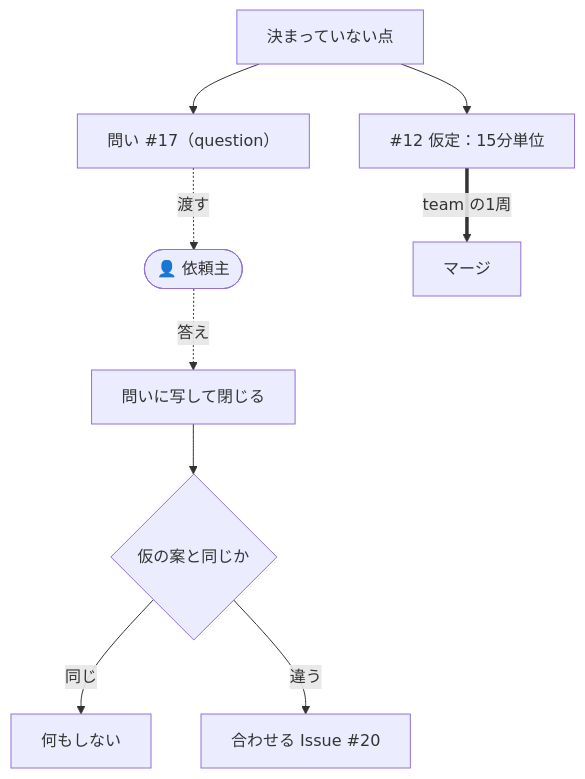
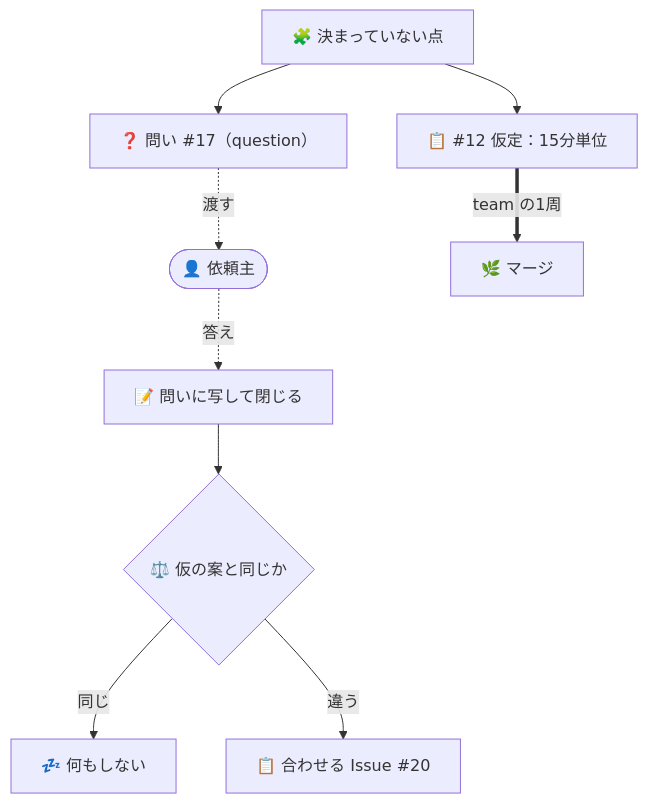
Before and after one commit to yktsnet/sdlc-kit: the diagram in docs/flows/client.md, drawn with Mermaid. The commit also changed 2 other files, not shown here.

Commit message:
docs: add an emoji to each Mermaid node (#24)

````diff
--- a/docs/flows/client.md
+++ b/docs/flows/client.md
@@ -18,11 +18,11 @@
 ```mermaid
 flowchart TD
-    G[決まっていない点] --> Q["問い #17（question）"]
-    G --> I["#12 仮定：15分単位"]
+    G[🧩 決まっていない点] --> Q["❓ 問い #17（question）"]
+    G --> I["📋 #12 仮定：15分単位"]
     Q -.->|渡す| CL(["👤 依頼主"])
-    I ==>|team の1周| M[マージ]
-    CL -.->|答え| R[問いに写して閉じる]
-    R --> X{仮の案と同じか}
-    X -->|同じ| N[何もしない]
-    X -->|違う| J["合わせる Issue #20"]
+    I ==>|team の1周| M[🌿 マージ]
+    CL -.->|答え| R[📝 問いに写して閉じる]
+    R --> X{⚖️ 仮の案と同じか}
+    X -->|同じ| N[💤 何もしない]
+    X -->|違う| J["📋 合わせる Issue #20"]
 ```
````
